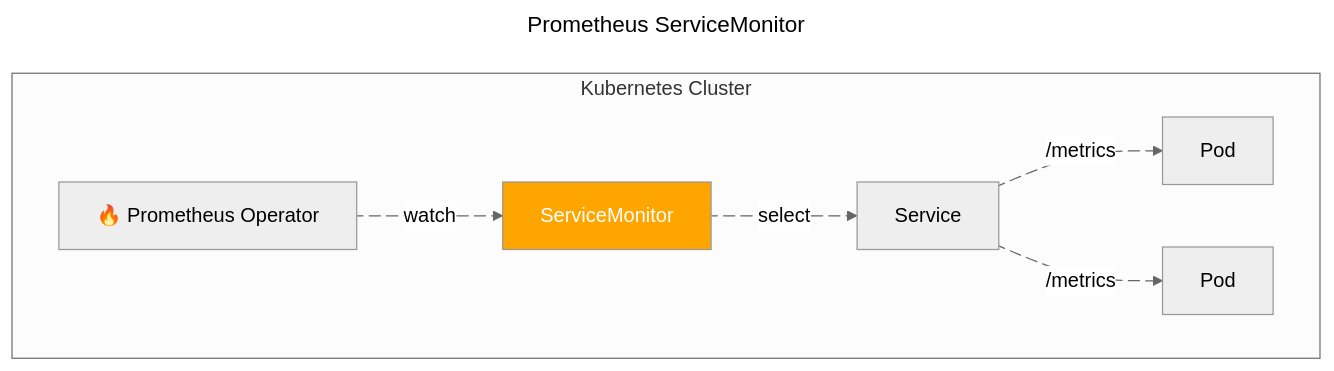
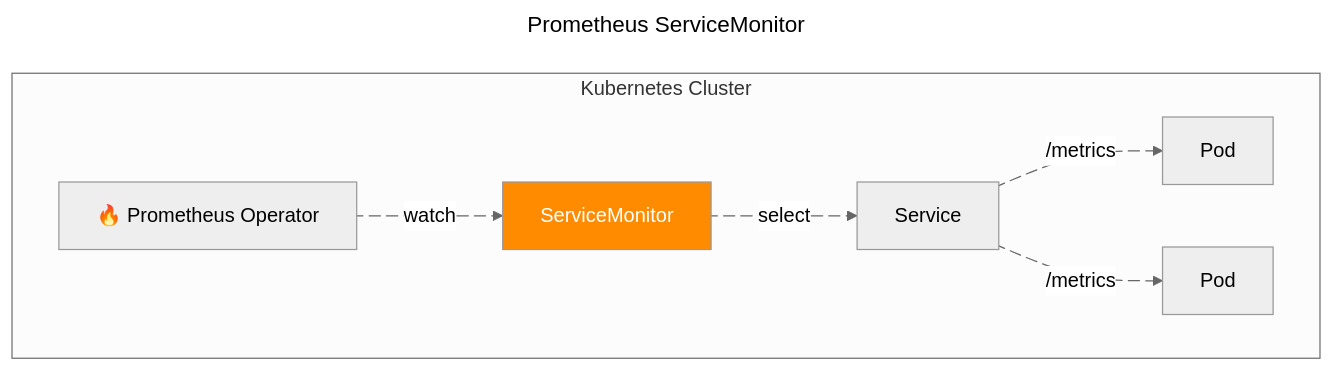
Before and after one commit to younsl/blog: the diagram in content/blog/mimirtool-unused-metric/index.md, drawn with Mermaid (neutral theme). The commit also changed 1 other file, not shown here.

Commit message:
chore: Update diagram

````diff
--- a/content/blog/mimirtool-unused-metric/index.md
+++ b/content/blog/mimirtool-unused-metric/index.md
@@ -429,25 +429,25 @@
 ```mermaid
 ---
 title: Prometheus ServiceMonitor
 ---
 flowchart LR
   subgraph Kubernetes Cluster
     direction LR
     A[🔥 Prometheus Operator]
     B[ServiceMonitor]
     C[Service]
     D1[Pod]
     D2[Pod]
   end
 
   A e1@--watch--> B e2@--select--> C
   C e3@--/metrics--> D1
   C e4@--/metrics--> D2
 
-  style B fill:orange,stroke:#white,stroke-width:1px,color:white
+  style B fill:darkorange,stroke:#white,stroke-width:1px,color:white
 
   e1@{ animate: true }
   e2@{ animate: true }
   e3@{ animate: true }
   e4@{ animate: true }
 ```
````
